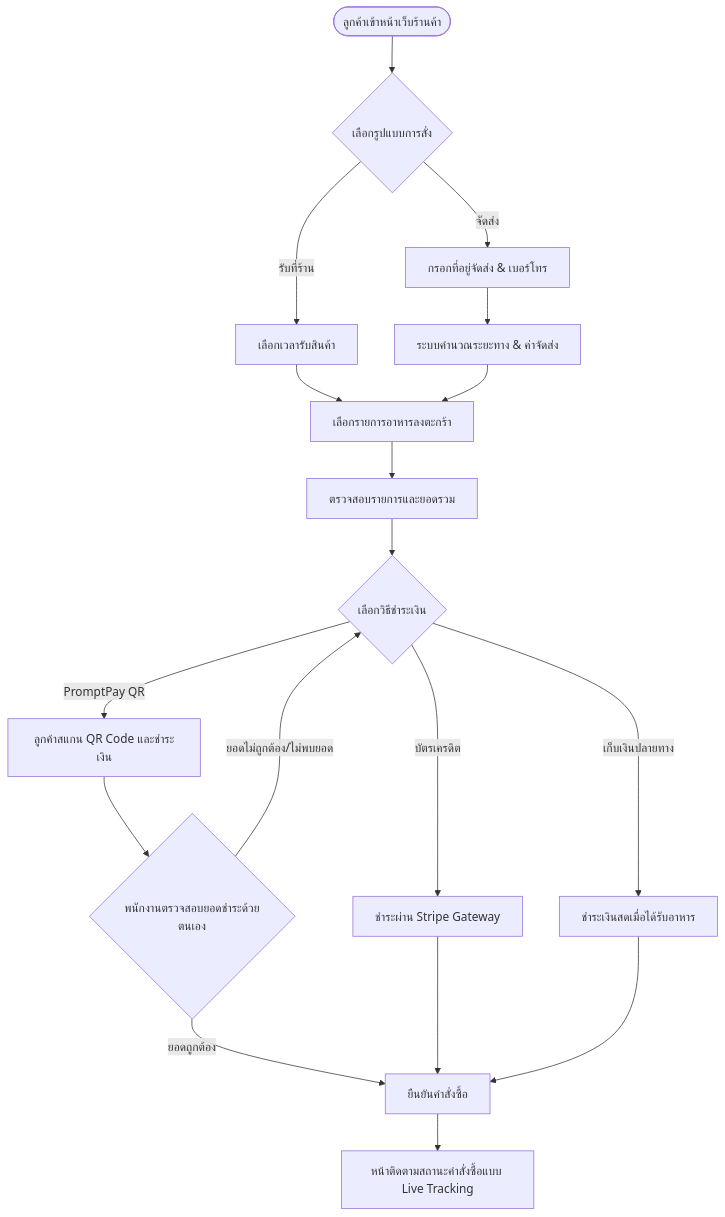
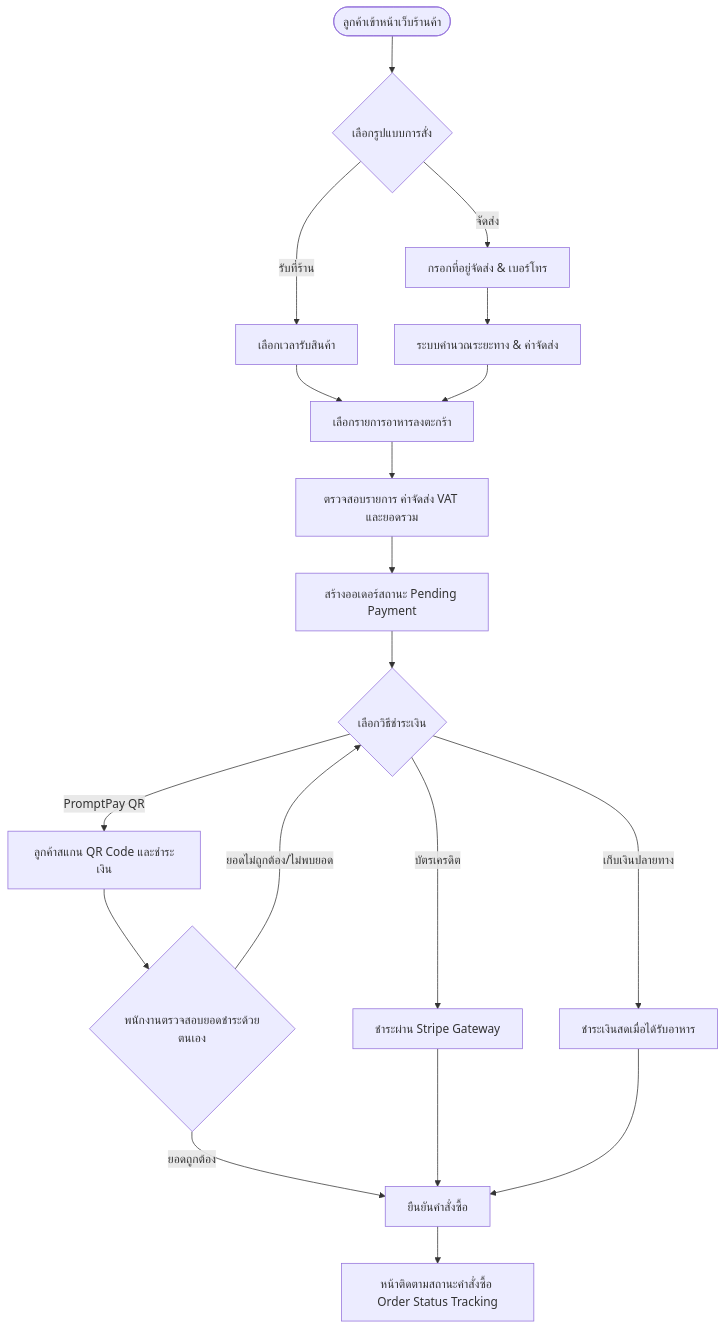
One commit to landmark-168/1101911 changed the third of 10 diagrams in USERFLOW.md. Above: the diagram before and after it, drawn with Mermaid. The commit also changed other lines of this file and 5 other files, not shown here.

````diff
--- a/USERFLOW.md
+++ b/USERFLOW.md
@@ -101,24 +103,25 @@
 ```mermaid
 flowchart TD
     Start([ลูกค้าเข้าหน้าเว็บร้านค้า]) --> SelectType{เลือกรูปแบบการสั่ง}
     SelectType -->|รับที่ร้าน| Takeaway[เลือกเวลารับสินค้า]
     SelectType -->|จัดส่ง| Delivery[กรอกที่อยู่จัดส่ง & เบอร์โทร]
     
     Takeaway --> Browse[เลือกรายการอาหารลงตะกร้า]
     Delivery --> CalcDist[ระบบคำนวณระยะทาง & ค่าจัดส่ง]
     CalcDist --> Browse
     
-    Browse --> Review[ตรวจสอบรายการและยอดรวม]
-    Review --> PayMethod{เลือกวิธีชำระเงิน}
+    Browse --> Review[ตรวจสอบรายการ ค่าจัดส่ง VAT และยอดรวม]
+    Review --> CreateOrder[สร้างออเดอร์สถานะ Pending Payment]
+    CreateOrder --> PayMethod{เลือกวิธีชำระเงิน}
     PayMethod -->|PromptPay QR| QR[ลูกค้าสแกน QR Code และชำระเงิน]
     PayMethod -->|บัตรเครดิต| Stripe[ชำระผ่าน Stripe Gateway]
     PayMethod -->|เก็บเงินปลายทาง| COD[ชำระเงินสดเมื่อได้รับอาหาร]
     
     QR --> VerifyPayment{พนักงานตรวจสอบยอดชำระด้วยตนเอง}
     VerifyPayment -->|ยอดถูกต้อง| Submit[ยืนยันคำสั่งซื้อ]
     VerifyPayment -->|ยอดไม่ถูกต้อง/ไม่พบยอด| PayMethod
     Stripe --> Submit
     COD --> Submit
     
-    Submit --> Track[หน้าติดตามสถานะคำสั่งซื้อแบบ Live Tracking]
+    Submit --> Track[หน้าติดตามสถานะคำสั่งซื้อ Order Status Tracking]
 ```
````
